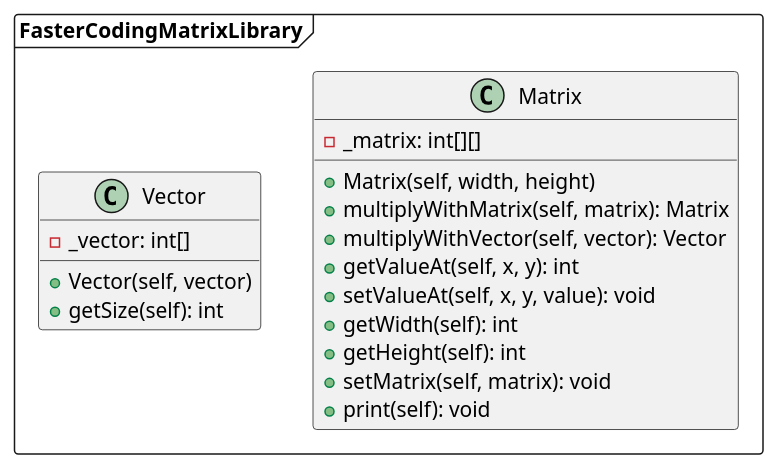
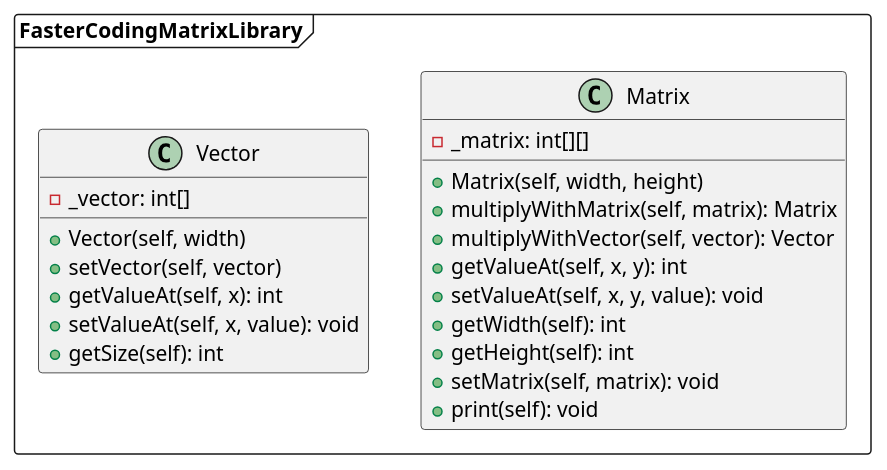
Before and after one commit to FasterCoding/Matrix-Math: the diagram in python/docs/math_lib_class_diagram.puml, drawn with PlantUML. The commit also changed 3 other files, not shown here.

```diff
--- a/python/docs/math_lib_class_diagram.puml
+++ b/python/docs/math_lib_class_diagram.puml
@@ -1,28 +1,31 @@
 @startuml FasterCodingMatrixLibrary
 
 package FasterCodingMatrixLibrary <<Frame>> {
 
 class Matrix {
     - _matrix: int[][]
 
     + Matrix(self, width, height)
     + multiplyWithMatrix(self, matrix): Matrix
     + multiplyWithVector(self, vector): Vector
     + getValueAt(self, x, y): int
     + setValueAt(self, x, y, value): void
     + getWidth(self): int
     + getHeight(self): int
     + setMatrix(self, matrix): void
     + print(self): void
 }
 
 class Vector {
     - _vector: int[]
 
-    + Vector(self, vector)
+    + Vector(self, width)
+    + setVector(self, vector)
+    + getValueAt(self, x): int
+    + setValueAt(self, x, value): void
     + getSize(self): int
 }
 
 }
 
 @enduml
```
